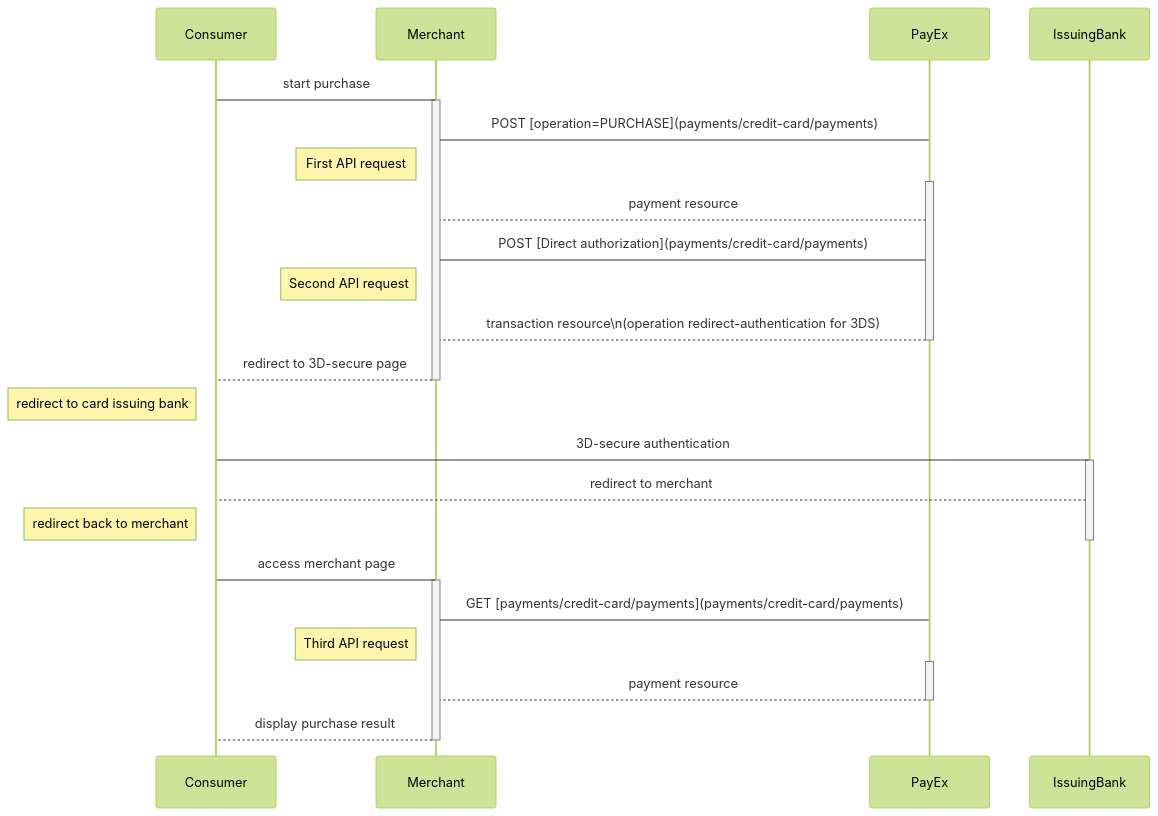
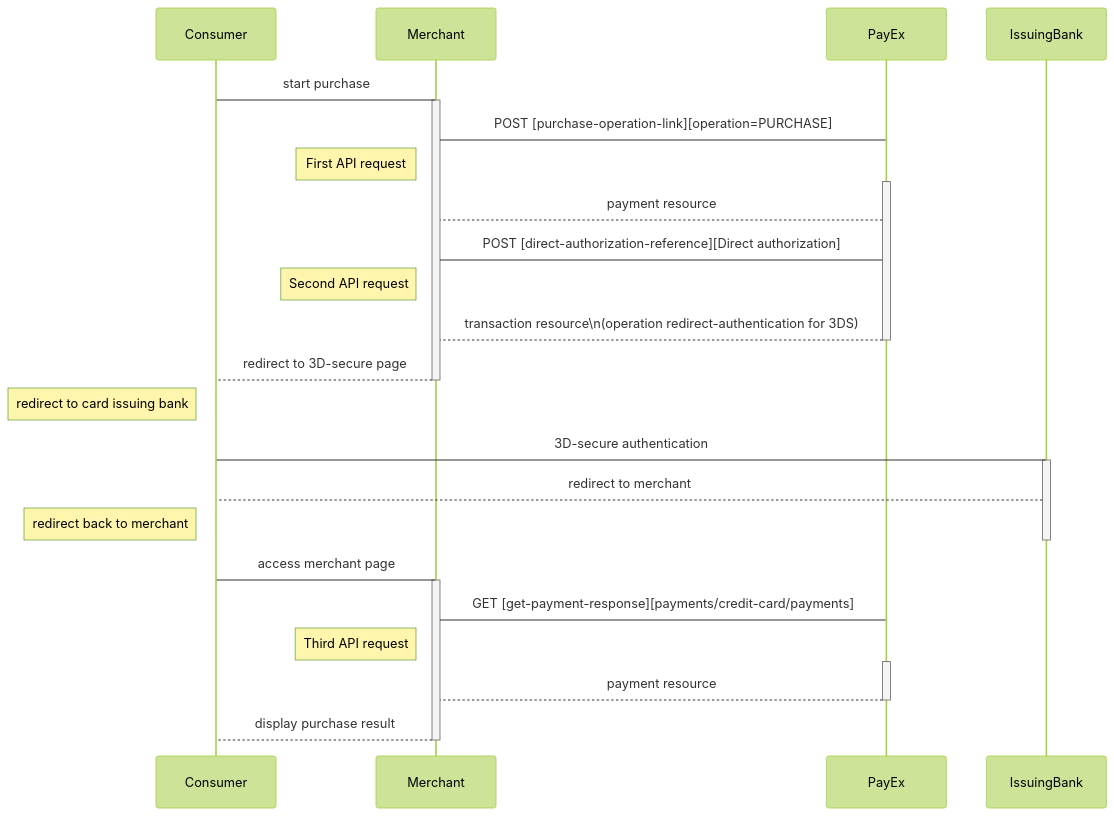
The sixth of 7 diagrams in payments/credit-card/index.md (SwedbankPay/developer.swedbankpay.com), drawn with Mermaid (forest theme) before and after one commit. The commit also changed other lines of this file, not shown here.

Commit message:
DX-119 Changed links in credit card

````diff
--- a/payments/credit-card/index.md
+++ b/payments/credit-card/index.md
@@ -365,34 +365,34 @@
 ```mermaid
 sequenceDiagram
   Consumer->Merchant: start purchase
   Activate Merchant
-  Merchant->PayEx: POST [operation=PURCHASE](payments/credit-card/payments)
+  Merchant->PayEx: POST [purchase-operation-link][operation=PURCHASE]
   note left of Merchant: First API request
   Activate PayEx
   PayEx-->Merchant: payment resource
 
-  Merchant -> PayEx: POST [Direct authorization](payments/credit-card/payments)
+  Merchant -> PayEx: POST [direct-authorization-reference][Direct authorization]
   note left of Merchant: Second API request
   PayEx --> Merchant: transaction resource\n(operation redirect-authentication for 3DS)
 
   Deactivate PayEx
   Merchant-->Consumer: redirect to 3D-secure page
   Deactivate Merchant
   
   note left of Consumer: redirect to card issuing bank
   Consumer -> IssuingBank: 3D-secure authentication
   Activate IssuingBank
   IssuingBank-->Consumer: redirect to merchant
   note left of Consumer: redirect back to merchant
   Deactivate IssuingBank
   
   Consumer->Merchant: access merchant page
   Activate Merchant
-  Merchant->PayEx: GET [payments/credit-card/payments](payments/credit-card/payments)
+  Merchant->PayEx: GET [get-payment-response][payments/credit-card/payments]
   note left of Merchant: Third API request
   Activate PayEx
   PayEx-->Merchant: payment resource
   Deactivate PayEx
   Merchant-->Consumer: display purchase result
   Deactivate Merchant
 ```
````
